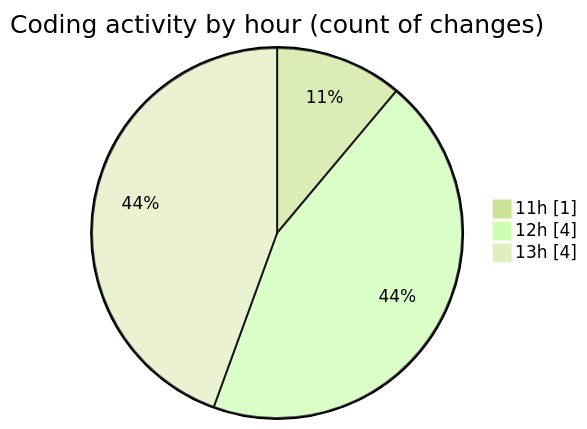
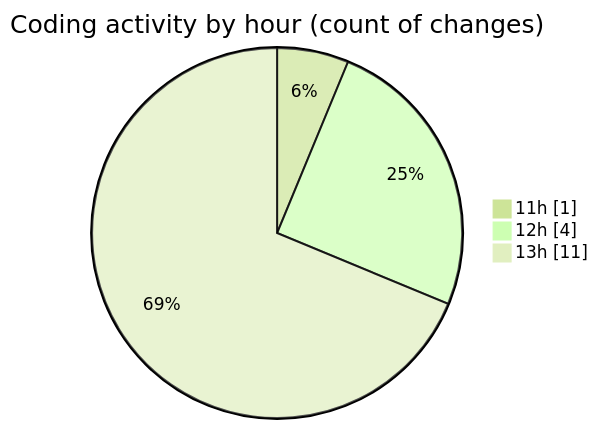
Before and after one commit to nxtqubesakshisongat/code-tracking: the second of 2 diagrams in 2025-09-28/nxtqube_webapp/README.md, drawn with Mermaid (forest theme). The commit also changed other lines of this file and 1 other file, not shown here.

````diff
--- a/2025-09-28/nxtqube_webapp/README.md
+++ b/2025-09-28/nxtqube_webapp/README.md
@@ -28,7 +28,7 @@
 ```mermaid
 pie showData
 title Coding activity by hour (count of changes)
 "11h" : 1
 "12h" : 4
-"13h" : 4
+"13h" : 11
 ```
````
